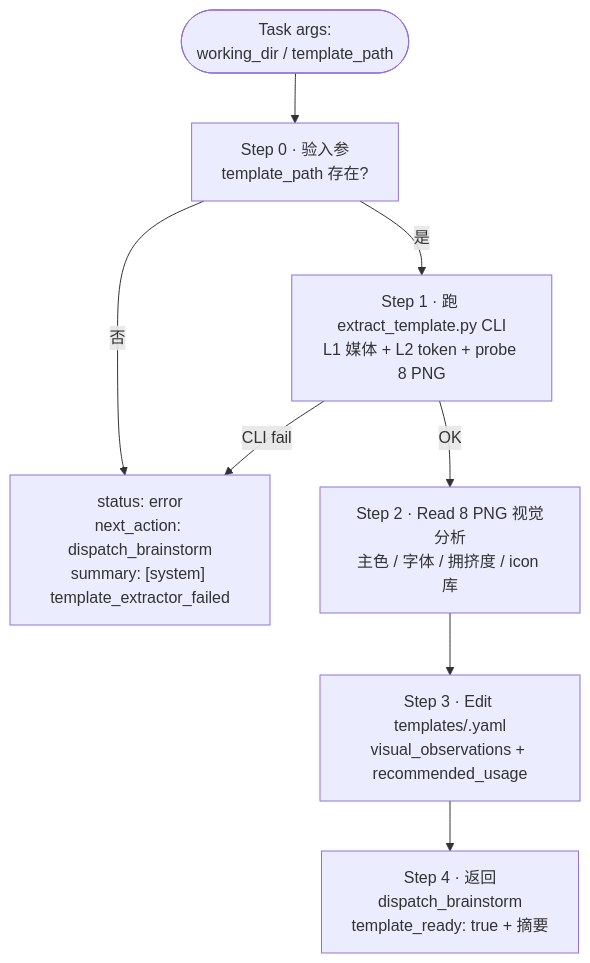
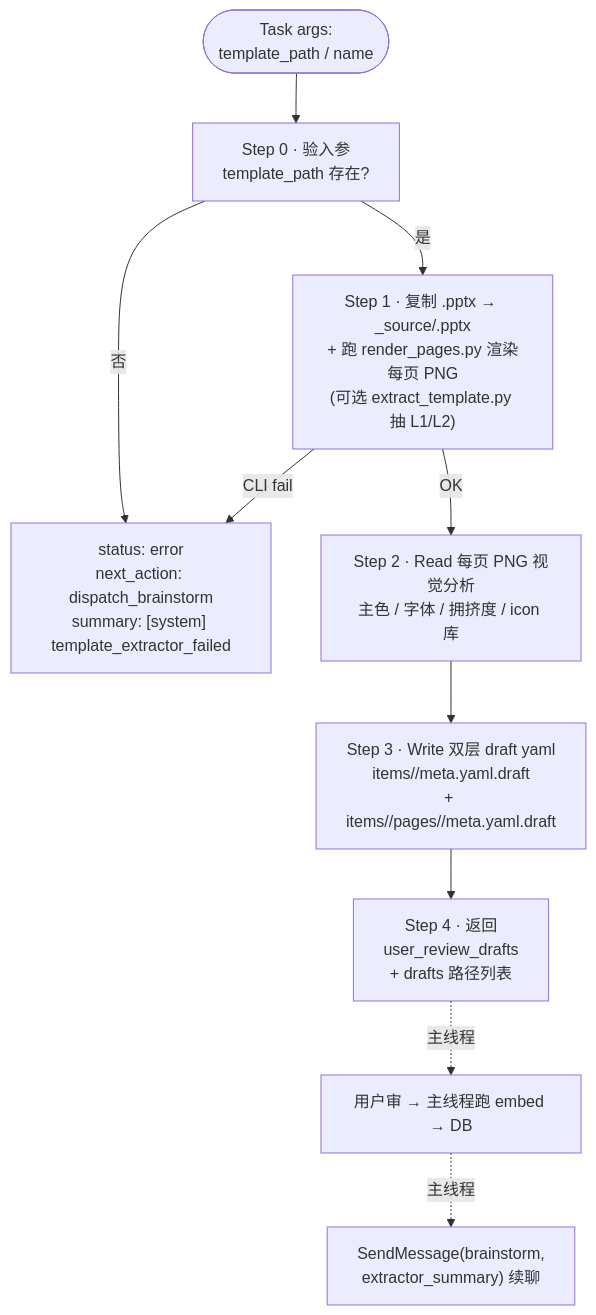
Diagram 11 of 12 in docs/agent-internals.zh.md (pcliangx/iLovePPT), drawn with Mermaid before and after one commit. The commit also changed other lines of this file and 38 other files, not shown here.

````diff
--- a/docs/agent-internals.zh.md
+++ b/docs/agent-internals.zh.md
@@ -1052,11 +1061,13 @@
 ```mermaid
 flowchart TB
-    I([Task args:<br/>working_dir / template_path]) --> S0
+    I([Task args:<br/>template_path / name]) --> S0
     S0["Step 0 · 验入参<br/>template_path 存在?"]
     S0 -->|否| E["status: error<br/>next_action: dispatch_brainstorm<br/>summary: [system] template_extractor_failed"]
-    S0 -->|是| S1["Step 1 · 跑 extract_template.py CLI<br/>L1 媒体 + L2 token + probe 8 PNG"]
+    S0 -->|是| S1["Step 1 · 复制 .pptx → _source/<name>.pptx<br/>+ 跑 render_pages.py 渲染每页 PNG<br/>(可选 extract_template.py 抽 L1/L2)"]
     S1 -->|CLI fail| E
-    S1 -->|OK| S2["Step 2 · Read 8 PNG 视觉分析<br/>主色 / 字体 / 拥挤度 / icon 库"]
-    S2 --> S3["Step 3 · Edit templates/<name>.yaml<br/>visual_observations + recommended_usage"]
-    S3 --> S4["Step 4 · 返回<br/>dispatch_brainstorm<br/>template_ready: true + 摘要"]
+    S1 -->|OK| S2["Step 2 · Read 每页 PNG 视觉分析<br/>主色 / 字体 / 拥挤度 / icon 库"]
+    S2 --> S3["Step 3 · Write 双层 draft yaml<br/>items/<name>/meta.yaml.draft<br/>+ items/<name>/pages/<NN-slug>/meta.yaml.draft"]
+    S3 --> S4["Step 4 · 返回<br/>user_review_drafts<br/>+ drafts 路径列表"]
+    S4 -.主线程.-> US["用户审 → 主线程跑 embed → DB"]
+    US -.主线程.-> DB["SendMessage(brainstorm,<br/>extractor_summary) 续聊"]
 ```
````
